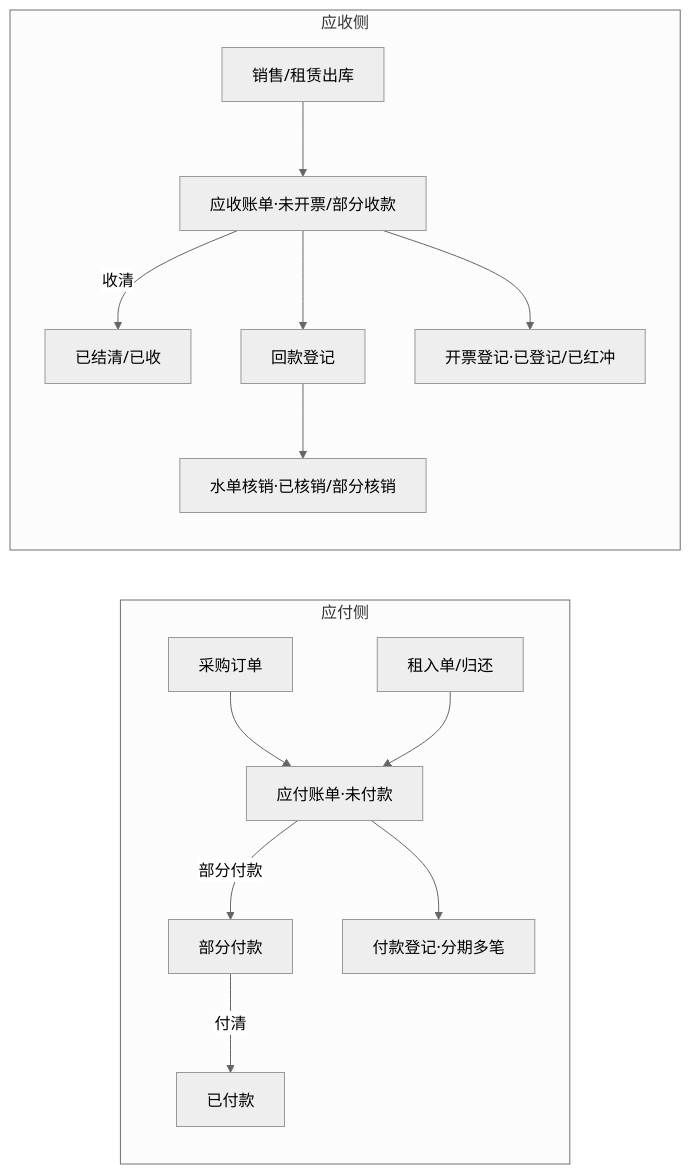
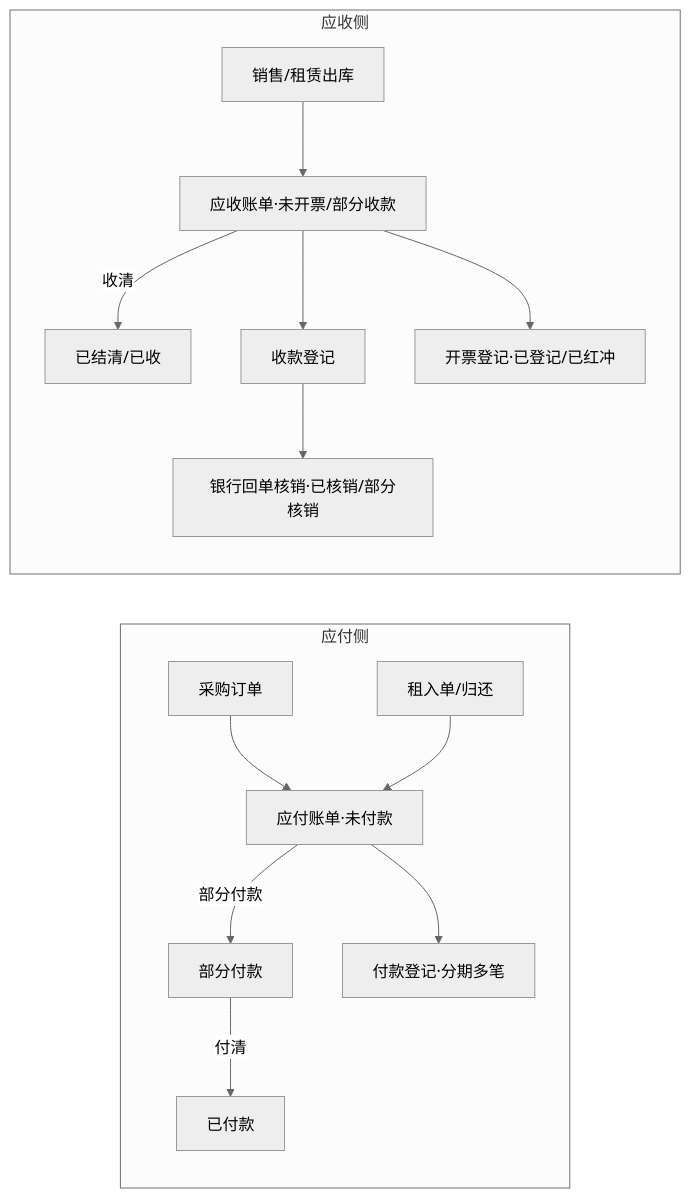
Before and after one commit to lyuxiaohei/auto-parts-rental: the second of 7 diagrams in P3-R01-包装租赁管理后台原型/P3-R01-A06-实体关系与状态机.md, drawn with Mermaid (neutral theme). The commit also changed other lines of this file and 303 other files, not shown here.

````diff
--- a/P3-R01-包装租赁管理后台原型/P3-R01-A06-实体关系与状态机.md
+++ b/P3-R01-包装租赁管理后台原型/P3-R01-A06-实体关系与状态机.md
@@ -142,14 +142,14 @@
 ```mermaid
 flowchart LR
     subgraph 应付侧
     PO[采购订单] & RZ[租入单/归还] --> AP[应付账单·未付款]
     AP -->|部分付款| AP2[部分付款] -->|付清| AP3[已付款]
     AP --> PM[付款登记·分期多笔]
     end
     subgraph 应收侧
     SO[销售/租赁出库] --> AR[应收账单·未开票/部分收款]
     AR -->|收清| AR2[已结清/已收]
-    AR --> RC[回款登记] --> WO[水单核销·已核销/部分核销]
+    AR --> RC[收款登记] --> WO[银行回单核销·已核销/部分核销]
     AR --> IV[开票登记·已登记/已红冲]
     end
 ```
````
